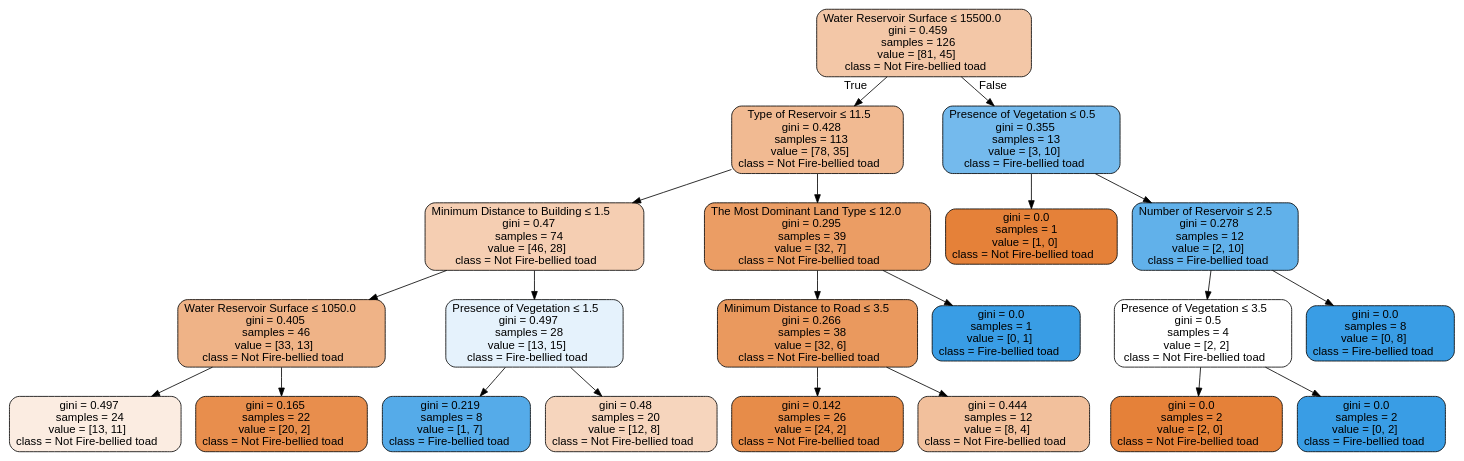
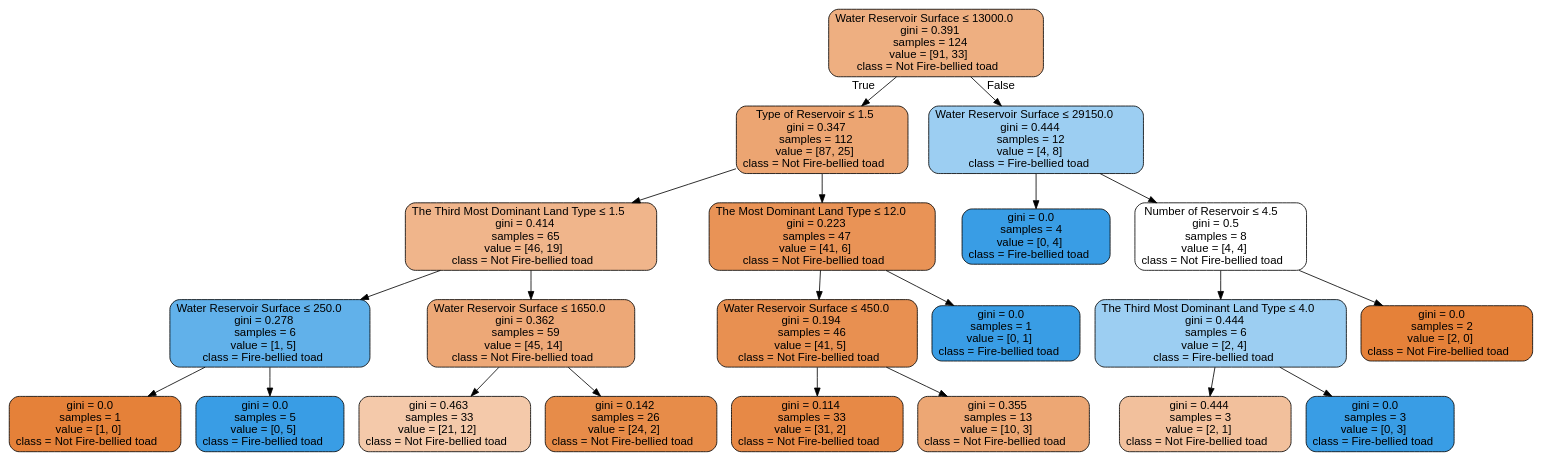
Before and after one commit to Jerry2001/Data_Mining: the diagram in Amphibian/DataVisualization/Graphviz/ft.dot, drawn with Graphviz. The commit also changed 19 other files, not shown here.

```diff
--- a/Amphibian/DataVisualization/Graphviz/ft.dot
+++ b/Amphibian/DataVisualization/Graphviz/ft.dot
@@ -1,45 +1,45 @@
 digraph Tree {
 node [shape=box, style="filled, rounded", color="black", fontname=helvetica] ;
 edge [fontname=helvetica] ;
-0 [label=<Water Reservoir Surface &le; 15500.0<br/>gini = 0.459<br/>samples = 126<br/>value = [81, 45]<br/>class = Not Fire-bellied toad>, fillcolor="#f3c7a7"] ;
-1 [label=<Type of Reservoir &le; 11.5<br/>gini = 0.428<br/>samples = 113<br/>value = [78, 35]<br/>class = Not Fire-bellied toad>, fillcolor="#f1ba92"] ;
+0 [label=<Water Reservoir Surface &le; 13000.0<br/>gini = 0.391<br/>samples = 124<br/>value = [91, 33]<br/>class = Not Fire-bellied toad>, fillcolor="#eeaf81"] ;
+1 [label=<Type of Reservoir &le; 1.5<br/>gini = 0.347<br/>samples = 112<br/>value = [87, 25]<br/>class = Not Fire-bellied toad>, fillcolor="#eca572"] ;
 0 -> 1 [labeldistance=2.5, labelangle=45, headlabel="True"] ;
-2 [label=<Minimum Distance to Building &le; 1.5<br/>gini = 0.47<br/>samples = 74<br/>value = [46, 28]<br/>class = Not Fire-bellied toad>, fillcolor="#f5ceb2"] ;
+2 [label=<The Third Most Dominant Land Type &le; 1.5<br/>gini = 0.414<br/>samples = 65<br/>value = [46, 19]<br/>class = Not Fire-bellied toad>, fillcolor="#f0b58b"] ;
 1 -> 2 ;
-3 [label=<Water Reservoir Surface &le; 1050.0<br/>gini = 0.405<br/>samples = 46<br/>value = [33, 13]<br/>class = Not Fire-bellied toad>, fillcolor="#efb387"] ;
+3 [label=<Water Reservoir Surface &le; 250.0<br/>gini = 0.278<br/>samples = 6<br/>value = [1, 5]<br/>class = Fire-bellied toad>, fillcolor="#61b1ea"] ;
 2 -> 3 ;
-4 [label=<gini = 0.497<br/>samples = 24<br/>value = [13, 11]<br/>class = Not Fire-bellied toad>, fillcolor="#fbece1"] ;
+4 [label=<gini = 0.0<br/>samples = 1<br/>value = [1, 0]<br/>class = Not Fire-bellied toad>, fillcolor="#e58139"] ;
 3 -> 4 ;
-5 [label=<gini = 0.165<br/>samples = 22<br/>value = [20, 2]<br/>class = Not Fire-bellied toad>, fillcolor="#e88e4d"] ;
+5 [label=<gini = 0.0<br/>samples = 5<br/>value = [0, 5]<br/>class = Fire-bellied toad>, fillcolor="#399de5"] ;
 3 -> 5 ;
-6 [label=<Presence of Vegetation &le; 1.5<br/>gini = 0.497<br/>samples = 28<br/>value = [13, 15]<br/>class = Fire-bellied toad>, fillcolor="#e5f2fc"] ;
+6 [label=<Water Reservoir Surface &le; 1650.0<br/>gini = 0.362<br/>samples = 59<br/>value = [45, 14]<br/>class = Not Fire-bellied toad>, fillcolor="#eda877"] ;
 2 -> 6 ;
-7 [label=<gini = 0.219<br/>samples = 8<br/>value = [1, 7]<br/>class = Fire-bellied toad>, fillcolor="#55abe9"] ;
+7 [label=<gini = 0.463<br/>samples = 33<br/>value = [21, 12]<br/>class = Not Fire-bellied toad>, fillcolor="#f4c9aa"] ;
 6 -> 7 ;
-8 [label=<gini = 0.48<br/>samples = 20<br/>value = [12, 8]<br/>class = Not Fire-bellied toad>, fillcolor="#f6d5bd"] ;
+8 [label=<gini = 0.142<br/>samples = 26<br/>value = [24, 2]<br/>class = Not Fire-bellied toad>, fillcolor="#e78c49"] ;
 6 -> 8 ;
-9 [label=<The Most Dominant Land Type &le; 12.0<br/>gini = 0.295<br/>samples = 39<br/>value = [32, 7]<br/>class = Not Fire-bellied toad>, fillcolor="#eb9d64"] ;
+9 [label=<The Most Dominant Land Type &le; 12.0<br/>gini = 0.223<br/>samples = 47<br/>value = [41, 6]<br/>class = Not Fire-bellied toad>, fillcolor="#e99356"] ;
 1 -> 9 ;
-10 [label=<Minimum Distance to Road &le; 3.5<br/>gini = 0.266<br/>samples = 38<br/>value = [32, 6]<br/>class = Not Fire-bellied toad>, fillcolor="#ea995e"] ;
+10 [label=<Water Reservoir Surface &le; 450.0<br/>gini = 0.194<br/>samples = 46<br/>value = [41, 5]<br/>class = Not Fire-bellied toad>, fillcolor="#e89051"] ;
 9 -> 10 ;
-11 [label=<gini = 0.142<br/>samples = 26<br/>value = [24, 2]<br/>class = Not Fire-bellied toad>, fillcolor="#e78c49"] ;
+11 [label=<gini = 0.114<br/>samples = 33<br/>value = [31, 2]<br/>class = Not Fire-bellied toad>, fillcolor="#e78946"] ;
 10 -> 11 ;
-12 [label=<gini = 0.444<br/>samples = 12<br/>value = [8, 4]<br/>class = Not Fire-bellied toad>, fillcolor="#f2c09c"] ;
+12 [label=<gini = 0.355<br/>samples = 13<br/>value = [10, 3]<br/>class = Not Fire-bellied toad>, fillcolor="#eda774"] ;
 10 -> 12 ;
 13 [label=<gini = 0.0<br/>samples = 1<br/>value = [0, 1]<br/>class = Fire-bellied toad>, fillcolor="#399de5"] ;
 9 -> 13 ;
-14 [label=<Presence of Vegetation &le; 0.5<br/>gini = 0.355<br/>samples = 13<br/>value = [3, 10]<br/>class = Fire-bellied toad>, fillcolor="#74baed"] ;
+14 [label=<Water Reservoir Surface &le; 29150.0<br/>gini = 0.444<br/>samples = 12<br/>value = [4, 8]<br/>class = Fire-bellied toad>, fillcolor="#9ccef2"] ;
 0 -> 14 [labeldistance=2.5, labelangle=-45, headlabel="False"] ;
-15 [label=<gini = 0.0<br/>samples = 1<br/>value = [1, 0]<br/>class = Not Fire-bellied toad>, fillcolor="#e58139"] ;
+15 [label=<gini = 0.0<br/>samples = 4<br/>value = [0, 4]<br/>class = Fire-bellied toad>, fillcolor="#399de5"] ;
 14 -> 15 ;
-16 [label=<Number of Reservoir &le; 2.5<br/>gini = 0.278<br/>samples = 12<br/>value = [2, 10]<br/>class = Fire-bellied toad>, fillcolor="#61b1ea"] ;
+16 [label=<Number of Reservoir &le; 4.5<br/>gini = 0.5<br/>samples = 8<br/>value = [4, 4]<br/>class = Not Fire-bellied toad>, fillcolor="#ffffff"] ;
 14 -> 16 ;
-17 [label=<Presence of Vegetation &le; 3.5<br/>gini = 0.5<br/>samples = 4<br/>value = [2, 2]<br/>class = Not Fire-bellied toad>, fillcolor="#ffffff"] ;
+17 [label=<The Third Most Dominant Land Type &le; 4.0<br/>gini = 0.444<br/>samples = 6<br/>value = [2, 4]<br/>class = Fire-bellied toad>, fillcolor="#9ccef2"] ;
 16 -> 17 ;
-18 [label=<gini = 0.0<br/>samples = 2<br/>value = [2, 0]<br/>class = Not Fire-bellied toad>, fillcolor="#e58139"] ;
+18 [label=<gini = 0.444<br/>samples = 3<br/>value = [2, 1]<br/>class = Not Fire-bellied toad>, fillcolor="#f2c09c"] ;
 17 -> 18 ;
-19 [label=<gini = 0.0<br/>samples = 2<br/>value = [0, 2]<br/>class = Fire-bellied toad>, fillcolor="#399de5"] ;
+19 [label=<gini = 0.0<br/>samples = 3<br/>value = [0, 3]<br/>class = Fire-bellied toad>, fillcolor="#399de5"] ;
 17 -> 19 ;
-20 [label=<gini = 0.0<br/>samples = 8<br/>value = [0, 8]<br/>class = Fire-bellied toad>, fillcolor="#399de5"] ;
+20 [label=<gini = 0.0<br/>samples = 2<br/>value = [2, 0]<br/>class = Not Fire-bellied toad>, fillcolor="#e58139"] ;
 16 -> 20 ;
 }
```
